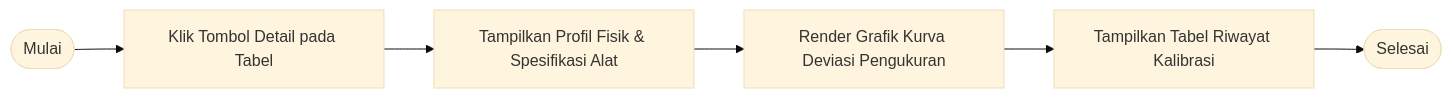
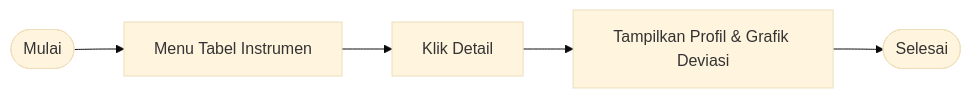
The sixth of 9 diagrams in bpm_workflow_level_list.md (ebenlimbong/pmn-kalibrasi), drawn with Mermaid (base theme) before and after one commit. The commit also changed other lines of this file and 1 other file, not shown here.

Commit message:
docs: selaraskan format tabel rincian proses bisnis 100% persis dengan standar blueprint inalum

````diff
--- a/bpm_workflow_level_list.md
+++ b/bpm_workflow_level_list.md
@@ -138,8 +99,4 @@
 ```mermaid
 flowchart LR
-    A([Mulai]) --> B[Klik Tombol Detail pada Tabel]
-    B --> C[Tampilkan Profil Fisik & Spesifikasi Alat]
-    C --> D[Render Grafik Kurva Deviasi Pengukuran]
-    D --> E[Tampilkan Tabel Riwayat Kalibrasi]
-    E --> F([Selesai])
+    A([Mulai]) --> B[Menu Tabel Instrumen] --> C[Klik Detail] --> D[Tampilkan Profil & Grafik Deviasi] --> E([Selesai])
 ```
````
